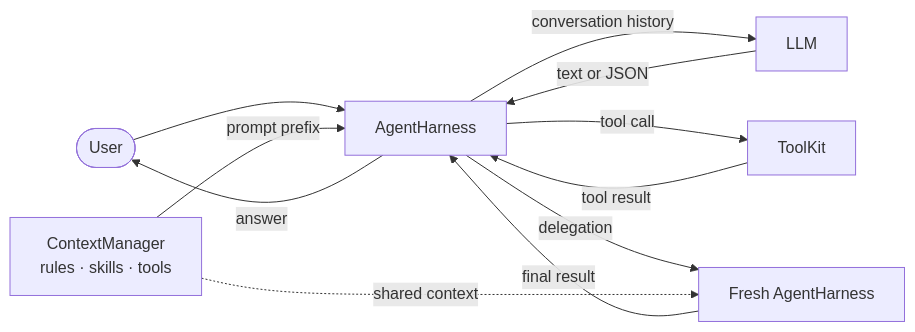
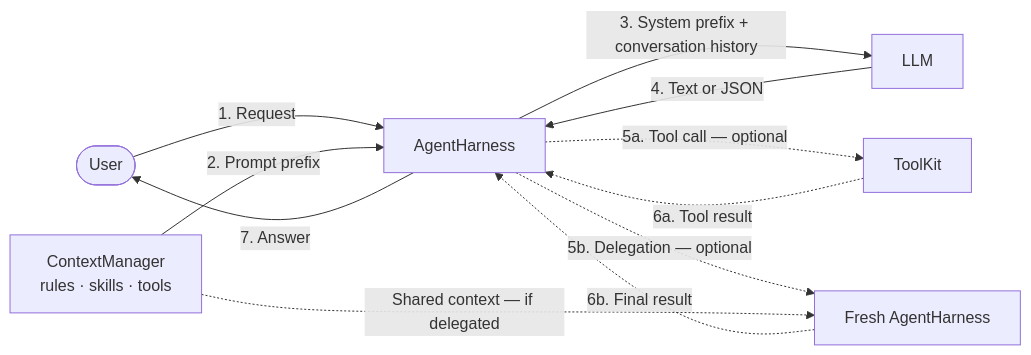
The first of 2 diagrams in README.md (antodiazcano/agent-harness), drawn with Mermaid before and after one commit. The commit also changed other lines of this file and 9 other files, not shown here.

````diff
--- a/README.md
+++ b/README.md
@@ -25,13 +28,13 @@
 ```mermaid
 flowchart LR
-    User([User]) --> Harness[AgentHarness]
-    Context["ContextManager<br/>rules · skills · tools"] -->|prompt prefix| Harness
-    Harness -->|conversation history| LLM[LLM]
-    LLM -->|text or JSON| Harness
-    Harness -->|tool call| Toolkit[ToolKit]
-    Toolkit -->|tool result| Harness
-    Harness -->|delegation| Subagent[Fresh AgentHarness]
-    Context -.->|shared context| Subagent
-    Subagent -->|final result| Harness
-    Harness -->|answer| User
+    User([User]) -->|1. Request| Harness[AgentHarness]
+    Context["ContextManager<br/>rules · skills · tools"] -->|2. Prompt prefix| Harness
+    Harness -->|3. System prefix + conversation history| LLM[LLM]
+    LLM -->|4. Text or JSON| Harness
+    Harness -.->|5a. Tool call — optional| Toolkit[ToolKit]
+    Toolkit -.->|6a. Tool result| Harness
+    Harness -.->|5b. Delegation — optional| Subagent[Fresh AgentHarness]
+    Context -.->|Shared context — if delegated| Subagent
+    Subagent -.->|6b. Final result| Harness
+    Harness -->|7. Answer| User
 ```
````
